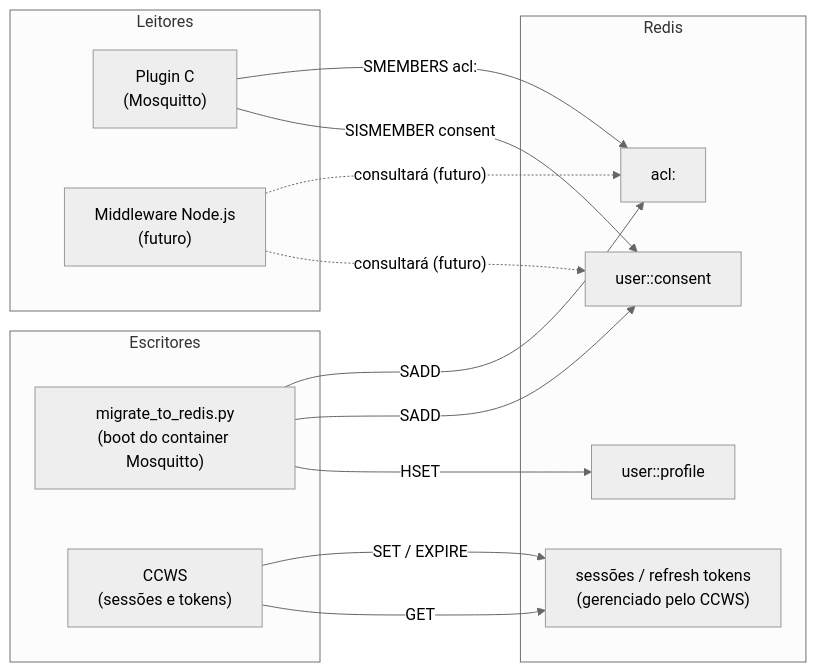
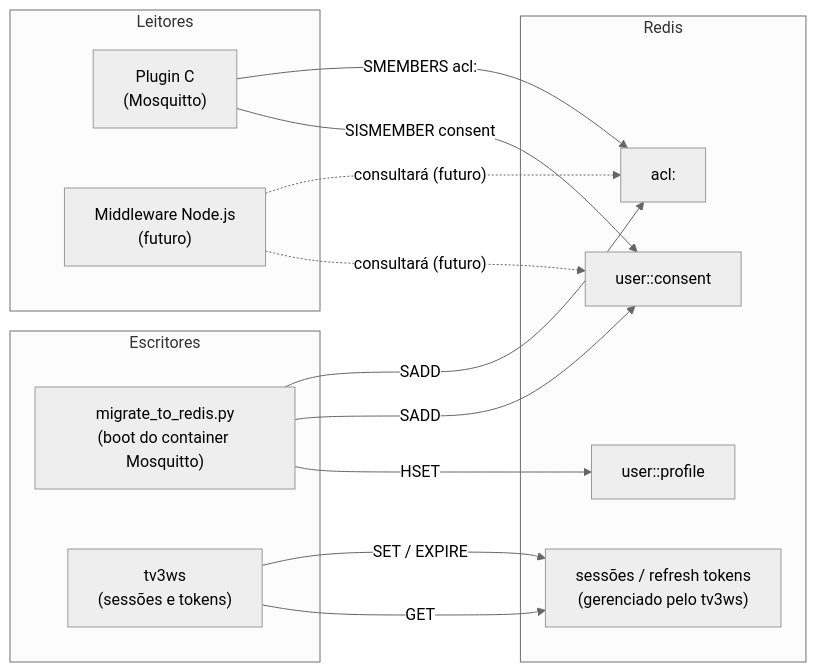
The second of 3 diagrams in docs/06-modelo-redis.md (multisens/Infra), drawn with Mermaid (neutral theme) before and after one commit. The commit also changed other lines of this file and 32 other files, not shown here.

````diff
--- a/docs/06-modelo-redis.md
+++ b/docs/06-modelo-redis.md
@@ -33,30 +35,30 @@
 ```mermaid
 graph LR
     subgraph Escritores
         PY["migrate_to_redis.py\n(boot do container Mosquitto)"]
-        CCWS["CCWS\n(sessões e tokens)"]
+        TV3WS["tv3ws\n(sessões e tokens)"]
     end
 
     subgraph Redis
         ACL["acl:<user_id>"]
         CONSENT["user:<user_id>:consent"]
         PROFILE["user:<user_id>:profile"]
-        SESSION["sessões / refresh tokens\n(gerenciado pelo CCWS)"]
+        SESSION["sessões / refresh tokens\n(gerenciado pelo tv3ws)"]
     end
 
     subgraph Leitores
         PLUGIN["Plugin C\n(Mosquitto)"]
         MW["Middleware Node.js\n(futuro)"]
     end
 
     PY -->|"SADD"| ACL
     PY -->|"SADD"| CONSENT
     PY -->|"HSET"| PROFILE
-    CCWS -->|"SET / EXPIRE"| SESSION
+    TV3WS -->|"SET / EXPIRE"| SESSION
 
     PLUGIN -->|"SMEMBERS acl:<id>"| ACL
     PLUGIN -->|"SISMEMBER consent <serviceId>"| CONSENT
     MW -.->|"consultará (futuro)"| ACL
     MW -.->|"consultará (futuro)"| CONSENT
-    CCWS -->|"GET"| SESSION
+    TV3WS -->|"GET"| SESSION
 ```
````
